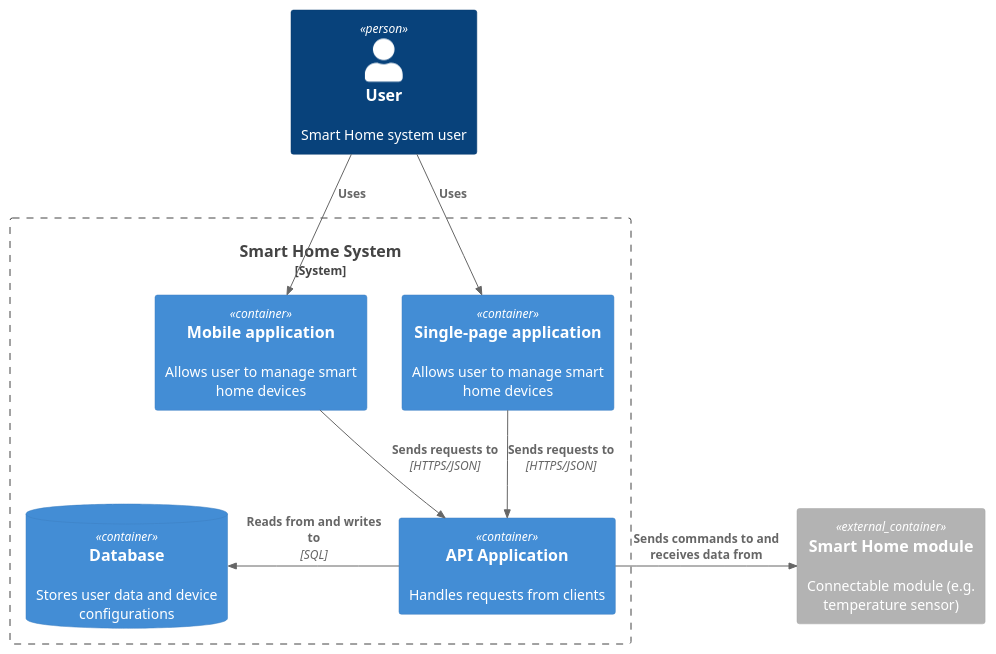
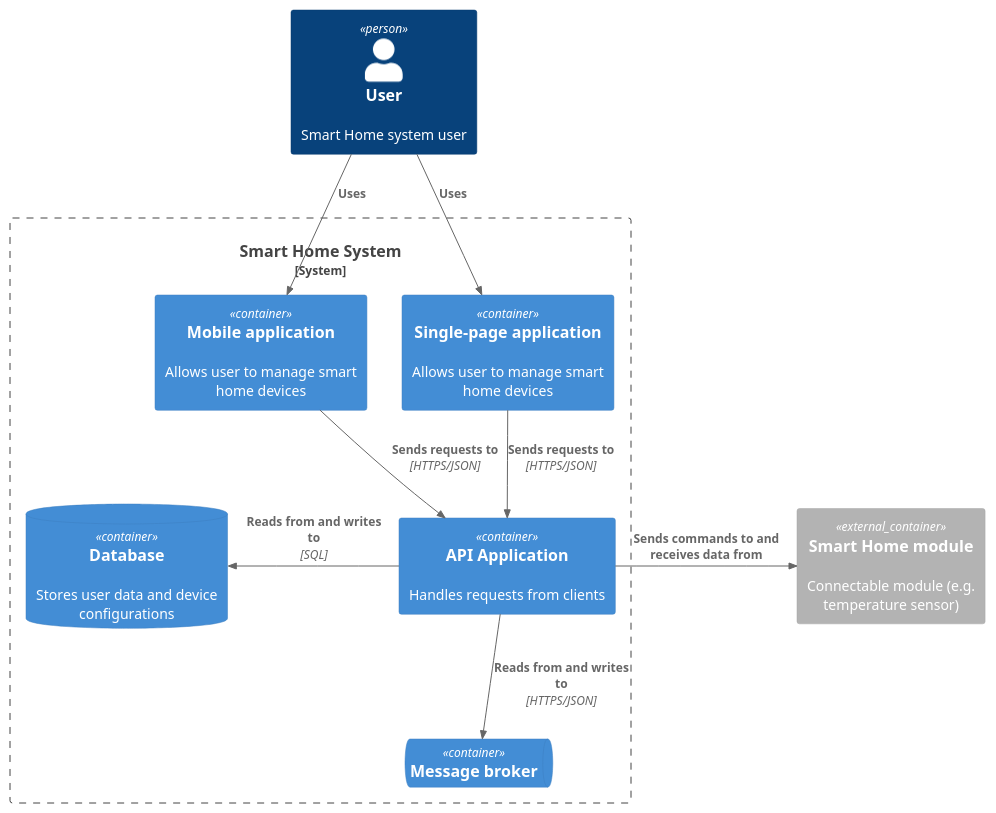
The diagram in diagram/container/SmartHome_Container.puml (Madm1key/architecture-warmhouse), drawn with PlantUML before and after one commit. The commit also changed 2 other files, not shown here.

Commit message:
doc: обновлены диаграммы C4 и исправлены опечатки в связях

```diff
--- a/diagram/container/SmartHome_Container.puml
+++ b/diagram/container/SmartHome_Container.puml
@@ -1,20 +1,26 @@
 @startuml
 !include https://raw.githubusercontent.com/plantuml-stdlib/C4-PlantUML/master/C4_Container.puml
 
 Person(user, "User", "Smart Home system user")
 
 System_Boundary(s, "Smart Home System") {
   Container(mobileApp, "Mobile application", $descr="Allows user to manage smart home devices")
   Container(spa, "Single-page application", $descr="Allows user to manage smart home devices")
   ContainerDb(db, "Database", $descr="Stores user data and device configurations")
+  ContainerQueue(broker, "Message broker", $descr="")
   Container(api, "API Application", $descr="Handles requests from clients")
 }
 Container_Ext(module, "Smart Home module", $descr="Connectable module (e.g. temperature sensor)")
 
 Rel(user, mobileApp, "Uses")
 Rel(user, spa, "Uses")
+
 Rel(mobileApp, api, "Sends requests to", "HTTPS/JSON")
 Rel(spa, api, "Sends requests to", "HTTPS/JSON")
+
 Rel_L(api, db, "Reads from and writes to", "SQL")
+
+Rel_D(api, broker, "Reads from and writes to", "HTTPS/JSON")
+
 Rel_R(api, module, "Sends commands to and receives data from")
 @enduml
```
